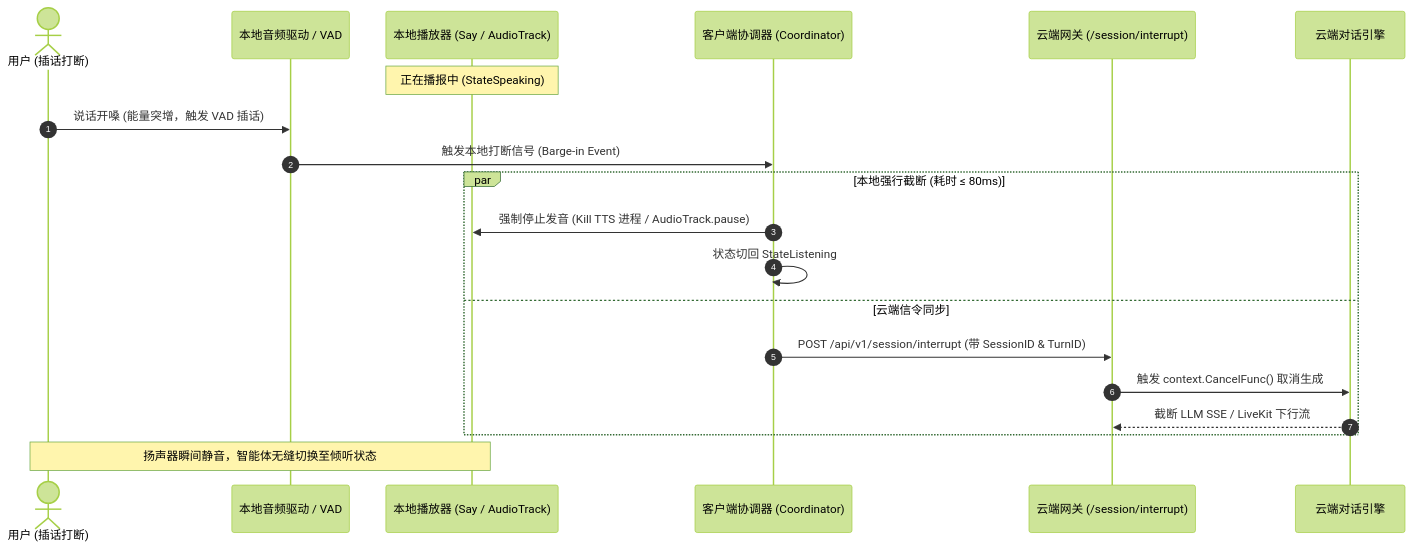
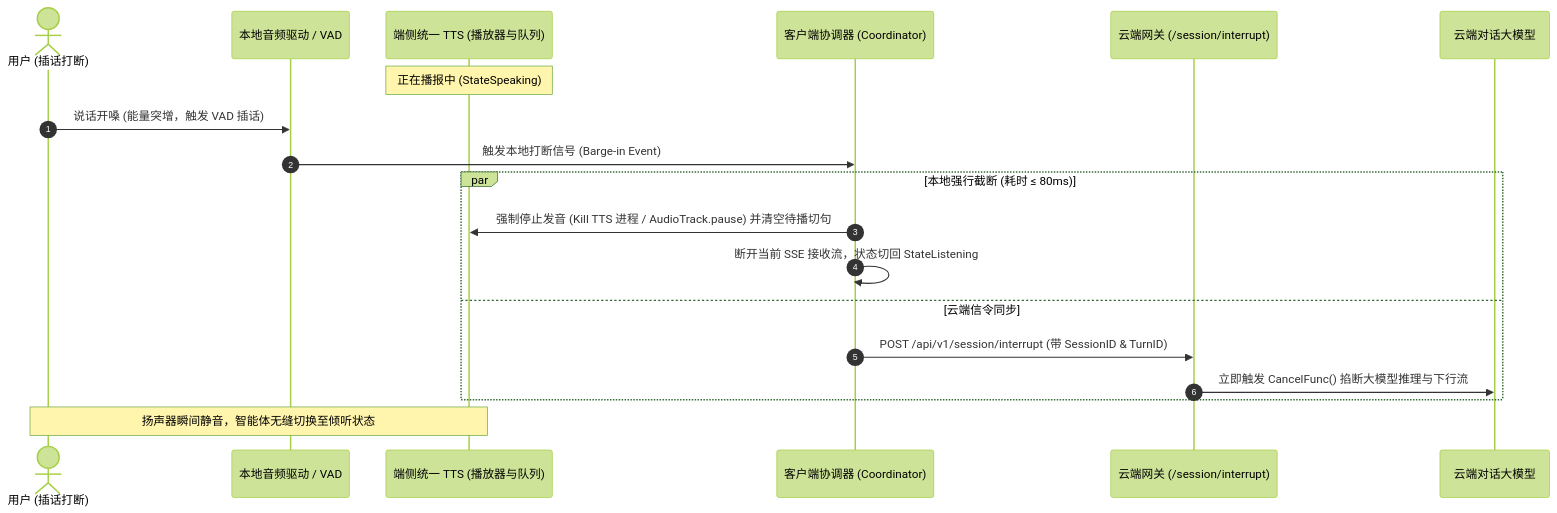
Before and after one commit to feixiao/FastAvatar: the fourth of 7 diagrams in docs/architecture.md, drawn with Mermaid (forest theme). The commit also changed other lines of this file and 12 other files, not shown here.

````diff
--- a/docs/architecture.md
+++ b/docs/architecture.md
@@ -298,26 +297,25 @@
 ```mermaid
 sequenceDiagram
     autonumber
     actor User as 用户 (插话打断)
     participant Perception as 本地音频驱动 / VAD
-    participant LocalPlayer as 本地播放器 (Say / AudioTrack)
+    participant UnifiedTTS as 端侧统一 TTS (播放器与队列)
     participant ClientCoord as 客户端协调器 (Coordinator)
     participant CloudGW as 云端网关 (/session/interrupt)
-    participant CloudAgent as 云端对话引擎
+    participant CloudLLM as 云端对话大模型
 
-    Note over LocalPlayer: 正在播报中 (StateSpeaking)
+    Note over UnifiedTTS: 正在播报中 (StateSpeaking)
     User->>Perception: 说话开嗓 (能量突增，触发 VAD 插话)
     
     Perception->>ClientCoord: 触发本地打断信号 (Barge-in Event)
     
     par 本地强行截断 (耗时 ≤ 80ms)
-        ClientCoord->>LocalPlayer: 强制停止发音 (Kill TTS 进程 / AudioTrack.pause)
-        ClientCoord->>ClientCoord: 状态切回 StateListening
+        ClientCoord->>UnifiedTTS: 强制停止发音 (Kill TTS 进程 / AudioTrack.pause) 并清空待播切句
+        ClientCoord->>ClientCoord: 断开当前 SSE 接收流，状态切回 StateListening
     and 云端信令同步
         ClientCoord->>CloudGW: POST /api/v1/session/interrupt (带 SessionID & TurnID)
-        CloudGW->>CloudAgent: 触发 context.CancelFunc() 取消生成
-        CloudAgent-->>CloudGW: 截断 LLM SSE / LiveKit 下行流
+        CloudGW->>CloudLLM: 立即触发 CancelFunc() 掐断大模型推理与下行流
     end
     
-    Note over User,LocalPlayer: 扬声器瞬间静音，智能体无缝切换至倾听状态
+    Note over User,UnifiedTTS: 扬声器瞬间静音，智能体无缝切换至倾听状态
 ```
````
